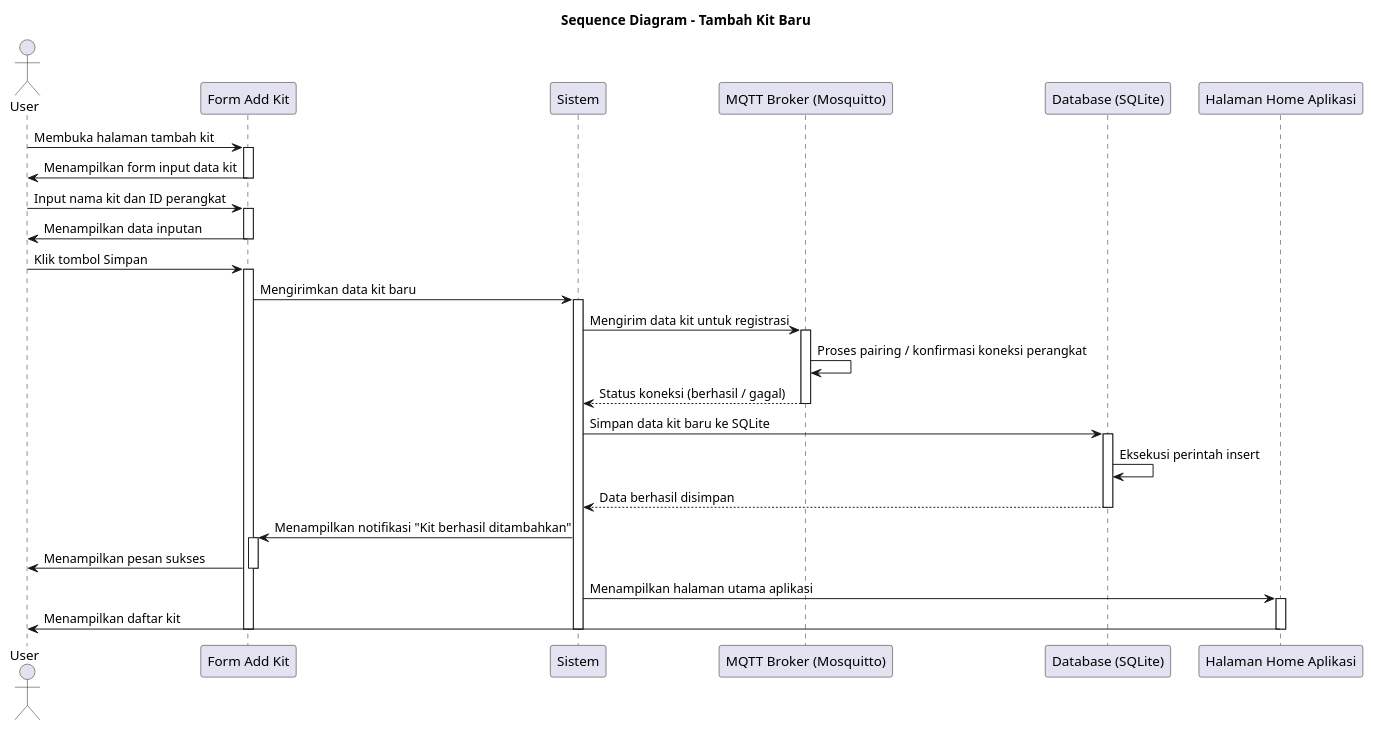
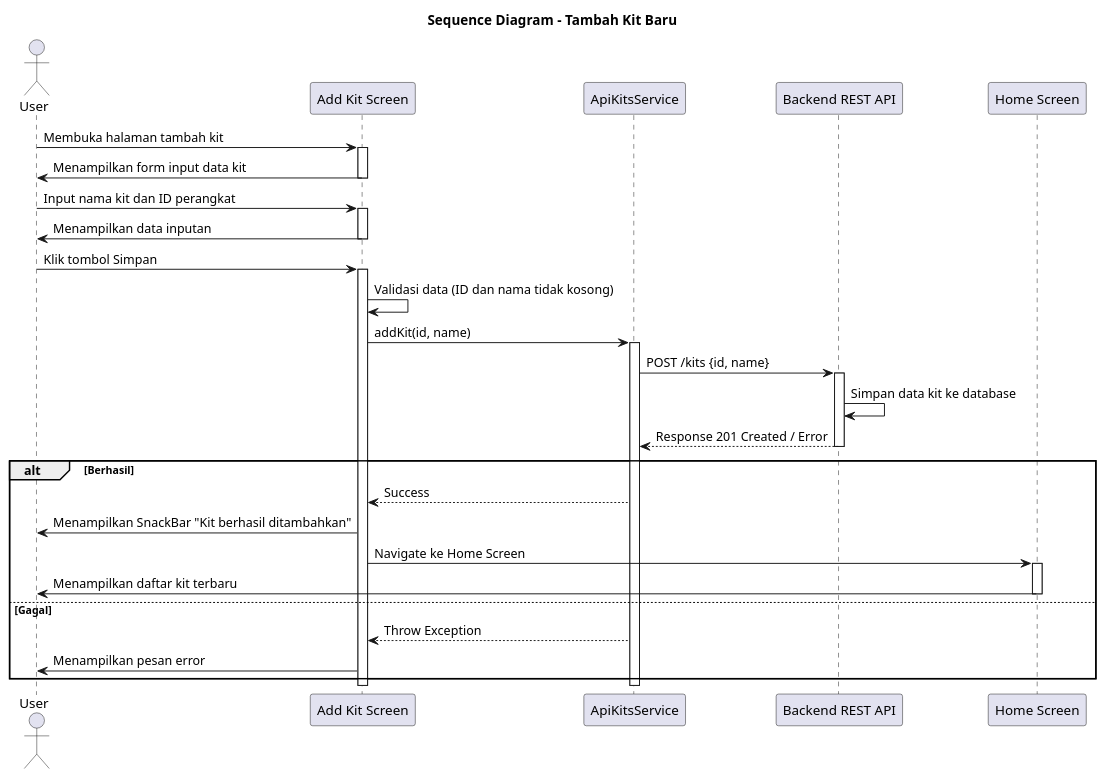
Before and after one commit to DarmawanWisnu/flutter-cea-system: the diagram in docs/diagrams/sequence/sequence_addkit.puml, drawn with PlantUML. The commit also changed 29 other files, not shown here.

```diff
--- a/docs/diagrams/sequence/sequence_addkit.puml
+++ b/docs/diagrams/sequence/sequence_addkit.puml
@@ -1,59 +1,54 @@
 @startuml
 title Sequence Diagram - Tambah Kit Baru
 
 actor "User" as User
-participant "Form Add Kit" as Form
-participant "Sistem" as System
-participant "MQTT Broker (Mosquitto)" as MQTT
-participant "Database (SQLite)" as DB
-participant "Halaman Home Aplikasi" as Home
+participant "Add Kit Screen" as Form
+participant "ApiKitsService" as API
+participant "Backend REST API" as Backend
+participant "Home Screen" as Home
 
 ' === Awal ===
 User -> Form : Membuka halaman tambah kit
 activate Form
 Form -> User : Menampilkan form input data kit
 deactivate Form
 
 ' === Input data ===
 User -> Form : Input nama kit dan ID perangkat
 activate Form
 Form -> User : Menampilkan data inputan
 deactivate Form
 
 User -> Form : Klik tombol Simpan
 activate Form
 
-' === Kirim ke sistem ===
-Form -> System : Mengirimkan data kit baru
-activate System
+' === Validasi input ===
+Form -> Form : Validasi data (ID dan nama tidak kosong)
 
-' === Kirim ke MQTT Broker ===
-System -> MQTT : Mengirim data kit untuk registrasi
-activate MQTT
-MQTT -> MQTT : Proses pairing / konfirmasi koneksi perangkat
-MQTT --> System : Status koneksi (berhasil / gagal)
-deactivate MQTT
+' === Kirim ke API ===
+Form -> API : addKit(id, name)
+activate API
 
-' === Simpan ke database lokal ===
-System -> DB : Simpan data kit baru ke SQLite
-activate DB
-DB -> DB : Eksekusi perintah insert
-DB --> System : Data berhasil disimpan
-deactivate DB
+API -> Backend : POST /kits {id, name}
+activate Backend
+Backend -> Backend : Simpan data kit ke database
+Backend --> API : Response 201 Created / Error
+deactivate Backend
 
-' === Hasil ke user ===
-System -> Form : Menampilkan notifikasi "Kit berhasil ditambahkan"
-activate Form
-Form -> User : Menampilkan pesan sukses
-deactivate Form
+' === Handling hasil ===
+alt Berhasil
+  API --> Form : Success
+  Form -> User : Menampilkan SnackBar "Kit berhasil ditambahkan"
+  Form -> Home : Navigate ke Home Screen
+  activate Home
+  Home -> User : Menampilkan daftar kit terbaru
+  deactivate Home
+else Gagal
+  API --> Form : Throw Exception
+  Form -> User : Menampilkan pesan error
+end
 
-' === Redirect ke Home ===
-System -> Home : Menampilkan halaman utama aplikasi
-activate Home
-Home -> User : Menampilkan daftar kit
-deactivate Home
-
-deactivate System
+deactivate API
 deactivate Form
 
 @enduml
```
